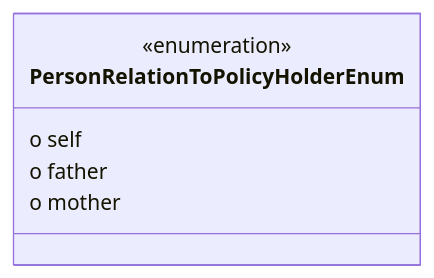
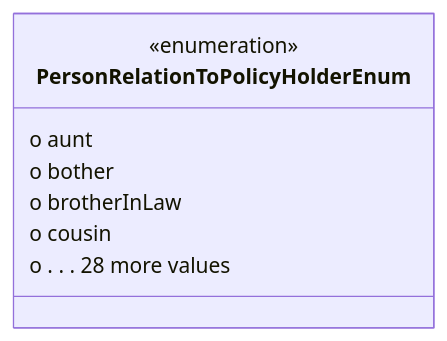
Before and after one commit to codexstanford/Insurance-Payout-Ontology: the diagram in datamodel-build/mermaid/PersonRelationToPolicyHolderEnum.mmd, drawn with Mermaid. The commit also changed 95 other files, not shown here.

```diff
--- a/datamodel-build/mermaid/PersonRelationToPolicyHolderEnum.mmd
+++ b/datamodel-build/mermaid/PersonRelationToPolicyHolderEnum.mmd
@@ -1,7 +1,9 @@
 classDiagram
 class PersonRelationToPolicyHolderEnum {
 <<enumeration>>
-  o self
-  o father
-  o mother
+  o aunt
+  o bother
+  o brotherInLaw
+  o cousin
+  o . . . 28 more values
 }
```
